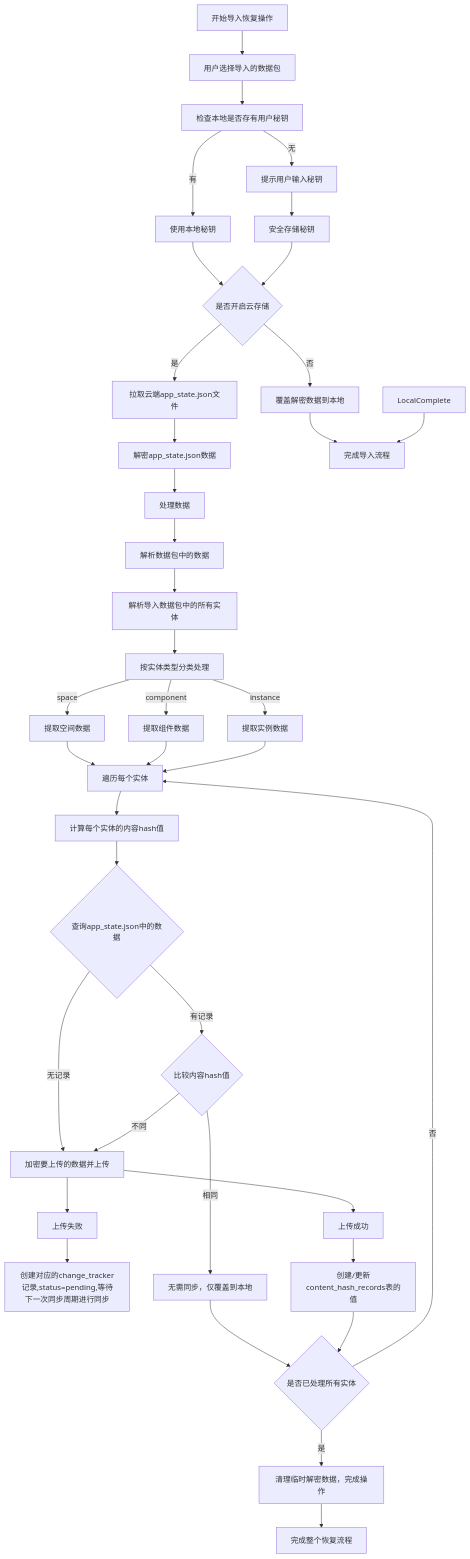
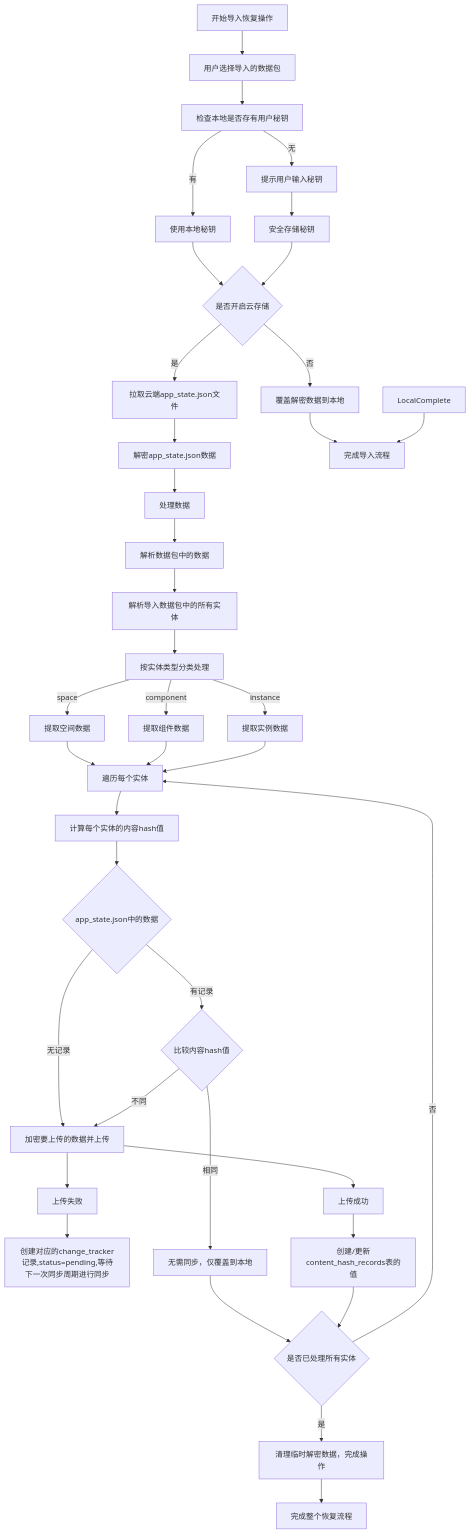
The diagram in all/未命名-47.md (yingjianzh/iodraw-files), drawn with Mermaid before and after one commit.

Commit message:
2025-04-29 15:01:02 update

````diff
--- a/all/未命名-47.md
+++ b/all/未命名-47.md
@@ -1,56 +1,56 @@
 ```mermaid
 flowchart TD
     A[开始导入恢复操作] --> B[用户选择导入的数据包]
     B --> B1[检查本地是否存有用户秘钥]
     
     B1 -->|有| B3[使用本地秘钥]
     B1 -->|无| B4[提示用户输入秘钥]
 
     B4 --> B8[安全存储秘钥]
     B3 --> Check{是否开启云存储}
 
     B8 --> Check
     Check --> |否| LocalOnly[覆盖解密数据到本地]
     
     Check --> |是| Download[拉取云端app_state.json文件]
     Download --> AppState[解密app_state.json数据]
 
     LocalOnly --> Complete[完成导入流程]
     AppState --> Process[处理数据]
 
     Process --> C[解析数据包中的数据]
     
     C --> D[解析导入数据包中的所有实体]
     D --> G[按实体类型分类处理]
     
     G -->|space| H1[提取空间数据]
     G -->|component| H2[提取组件数据]
     G -->|instance| H3[提取实例数据]
     
     H1 --> I[遍历每个实体]
     H2 --> I
     H3 --> I
     
     I --> CalcHash[计算每个实体的内容hash值]
-    CalcHash --> L{查询app_state.json中的数据}
+    CalcHash --> L{app_state.json中的数据}
     
     L -->|无记录| M1[加密要上传的数据并上传]
     M1 --> N1[上传成功]
     M1 --> N2[上传失败]
     
     N2 --> N3[创建对应的change_tracker记录,status=pending,等待下一次同步周期进行同步]
     N1 --> M4[创建/更新content_hash_records表的值]
     LocalComplete --> Complete
 
     L -->|有记录| M2{比较内容hash值}
     M2 -->|相同| M3[无需同步，仅覆盖到本地]
     M2 -->|不同| M1
     
     M3 --> S{是否已处理所有实体}
     M4 --> S
 
     S -->|否| I
     S -->|是| U[清理临时解密数据，完成操作]
 
     U --> V[完成整个恢复流程]
 ```
````
